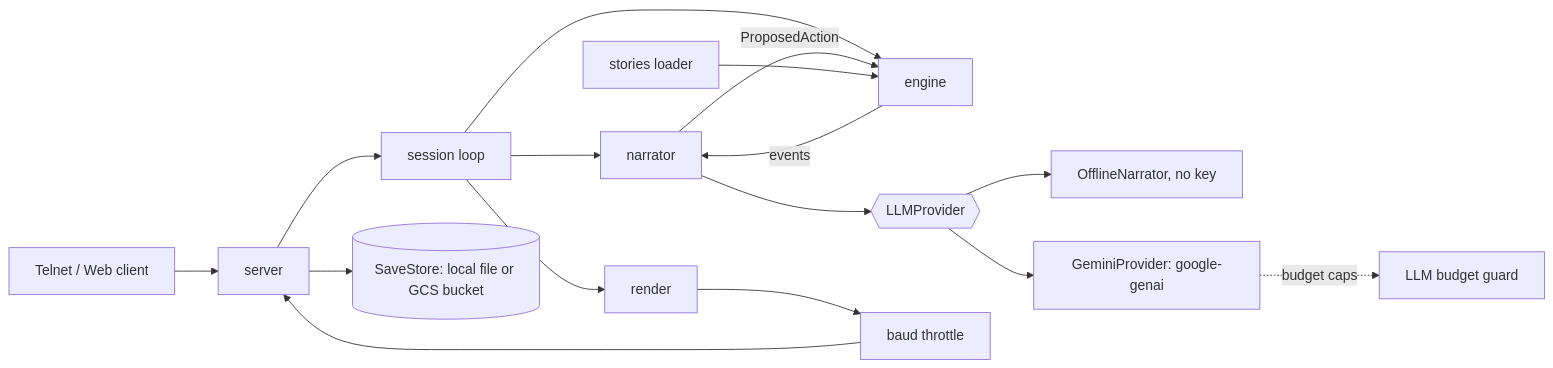
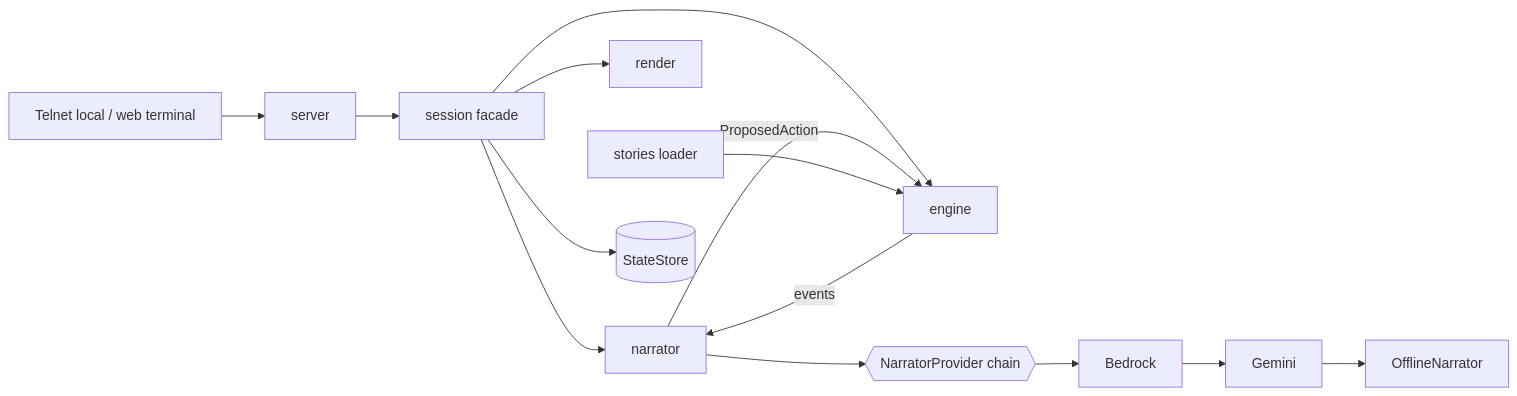
Before and after one commit to rcruz63/bssmaze: the first of 2 diagrams in .kiro/specs/telnet-tales/design.md, drawn with Mermaid. The commit also changed other lines of this file and 20 other files, not shown here.

First line of the commit message:
docs: pivot deployment to serverless AWS with bedrock and gemini fallback

````diff
--- a/.kiro/specs/telnet-tales/design.md
+++ b/.kiro/specs/telnet-tales/design.md
@@ -9,17 +10,14 @@
 ```mermaid
 flowchart LR
-  Client[Telnet / Web client] --> Server[server]
-  Server --> Session[session loop]
+  Client[Telnet local / web terminal] --> Server[server]
+  Server --> Session[session facade]
   Session --> Narrator[narrator]
   Session --> Engine[engine]
   Session --> Render[render]
   Narrator -->|ProposedAction| Engine
-  Narrator --> Provider{{LLMProvider}}
-  Provider --> Offline[OfflineNarrator, no key]
-  Provider --> Gemini[GeminiProvider: google-genai]
-  Gemini -.->|budget caps| Guard[LLM budget guard]
+  Narrator --> Provider{{NarratorProvider chain}}
+  Provider --> Bedrock[Bedrock] --> Gemini[Gemini] --> Offline[OfflineNarrator]
   Stories[stories loader] --> Engine
   Engine -->|events| Narrator
-  Render --> Throttle[baud throttle] --> Server
-  Server --> Saves[(SaveStore: local file or GCS bucket)]
+  Session --> Store[(StateStore)]
 ```
````
